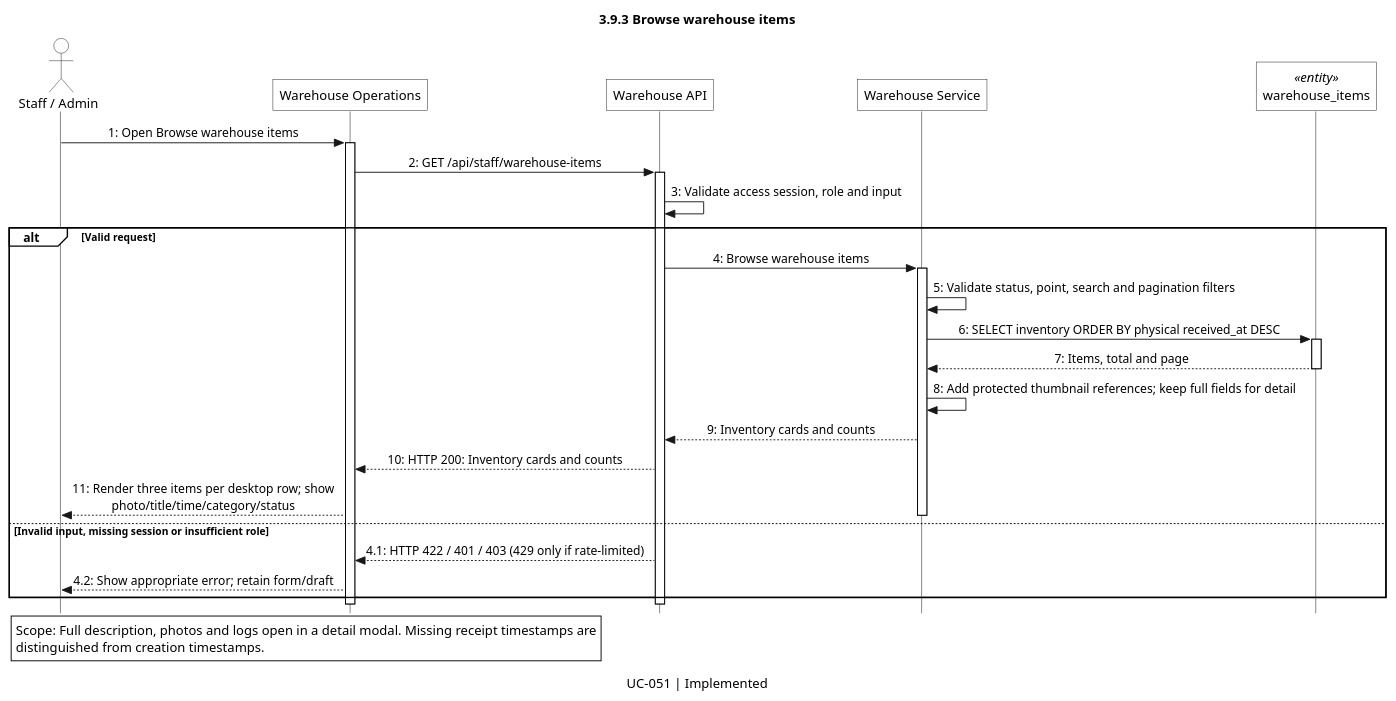
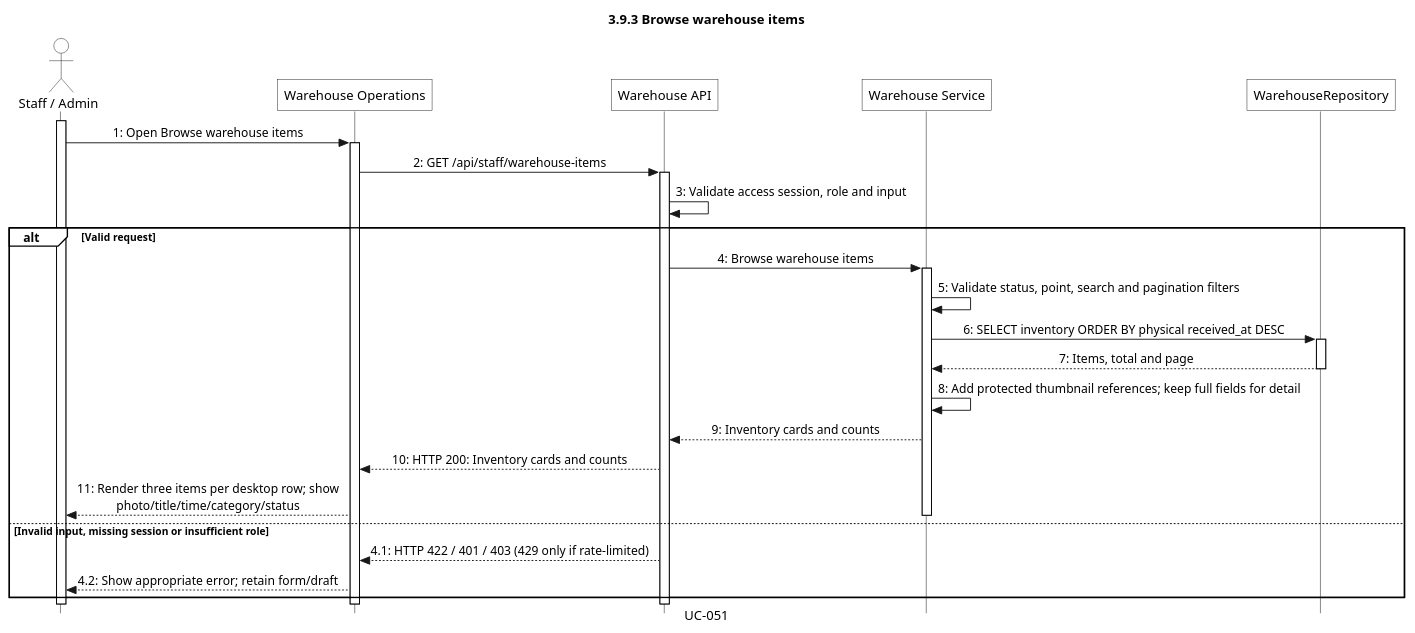
Before and after one commit to LNFSYS/lost-and-found-management-system-main: the diagram in docs/sequences/Khoa/3.9/3.9.3_UC-051_browse-warehouse-items.puml, drawn with PlantUML. The commit also changed 336 other files, not shown here.

Commit message:
docs: refine sequence lifelines and diagram presentation

```diff
--- a/docs/sequences/Khoa/3.9/3.9.3_UC-051_browse-warehouse-items.puml
+++ b/docs/sequences/Khoa/3.9/3.9.3_UC-051_browse-warehouse-items.puml
@@ -1,64 +1,67 @@
 @startuml
 title 3.9.3 Browse warehouse items
-caption UC-051 | Implemented
+caption UC-051
+' Catalogue: UC-051 | Implemented
 skinparam monochrome true
 skinparam shadowing false
 skinparam roundcorner 0
 skinparam defaultFontName Arial
 skinparam LegendBackgroundColor white
 skinparam style strictuml
 skinparam sequenceMessageAlign center
 show footbox
 <style>
 lifeLine {
     LineStyle 0
 }
 </style>
 skinparam sequence {
     ParticipantBackgroundColor white
     ActorBackgroundColor white
     LifeLineBackgroundColor white
     LifeLineBorderColor black
     GroupBackgroundColor white
     GroupHeaderBackgroundColor white
 }
 
 ' Source: apps/api-node/src/modules/warehouse/application/warehouse.use-cases.ts
+' Main entity: warehouse_items
 ' Main entity migration: apps/api-node/src/migrations/010_notifications_and_warehouse.sql
-' One-table abstraction: related repository reads/writes stay inside the service.
+' Single persistence lifeline: related reads/writes remain summarized in the service.
 actor "Staff / Admin" as Actor
 participant "Warehouse Operations" as Page
 participant "Warehouse API" as API
 participant "Warehouse Service" as Service
-participant "warehouse_items" as Table <<entity>>
+participant "WarehouseRepository" as Table
 
+activate Actor
 Actor -> Page: 1: Open Browse warehouse items
 activate Page
 Page -> API: 2: GET /api/staff/warehouse-items
 activate API
 API -> API: 3: Validate access session, role and input
 alt Valid request
 API -> Service: 4: Browse warehouse items
 activate Service
 Service -> Service: 5: Validate status, point, search and pagination filters
 Service -> Table: 6: SELECT inventory ORDER BY physical received_at DESC
 activate Table
 Table --> Service: 7: Items, total and page
 deactivate Table
 Service -> Service: 8: Add protected thumbnail references; keep full fields for detail
 Service --> API: 9: Inventory cards and counts
 API --> Page: 10: HTTP 200: Inventory cards and counts
 Page --> Actor: 11: Render three items per desktop row; show\nphoto/title/time/category/status
 deactivate Service
 else Invalid input, missing session or insufficient role
 API --> Page: 4.1: HTTP 422 / 401 / 403 (429 only if rate-limited)
 Page --> Actor: 4.2: Show appropriate error; retain form/draft
 end
 deactivate API
 deactivate Page
+deactivate Actor
 
-legend left
-Scope: Full description, photos and logs open in a detail modal. Missing receipt timestamps are
-distinguished from creation timestamps.
-endlegend
+' Scope note (not rendered):
+' Scope: Full description, photos and logs open in a detail modal. Missing receipt timestamps are
+' distinguished from creation timestamps.
 @enduml
```
